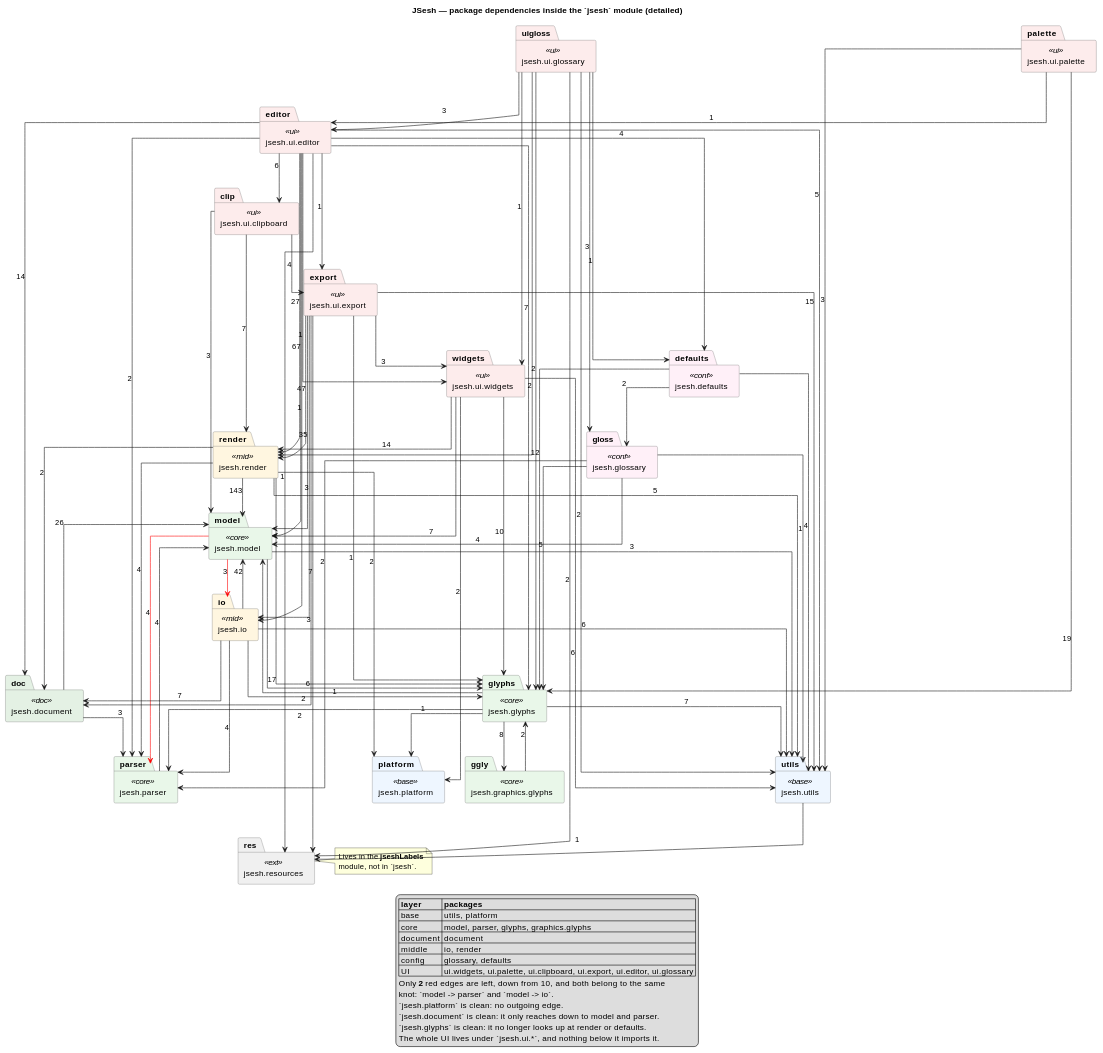
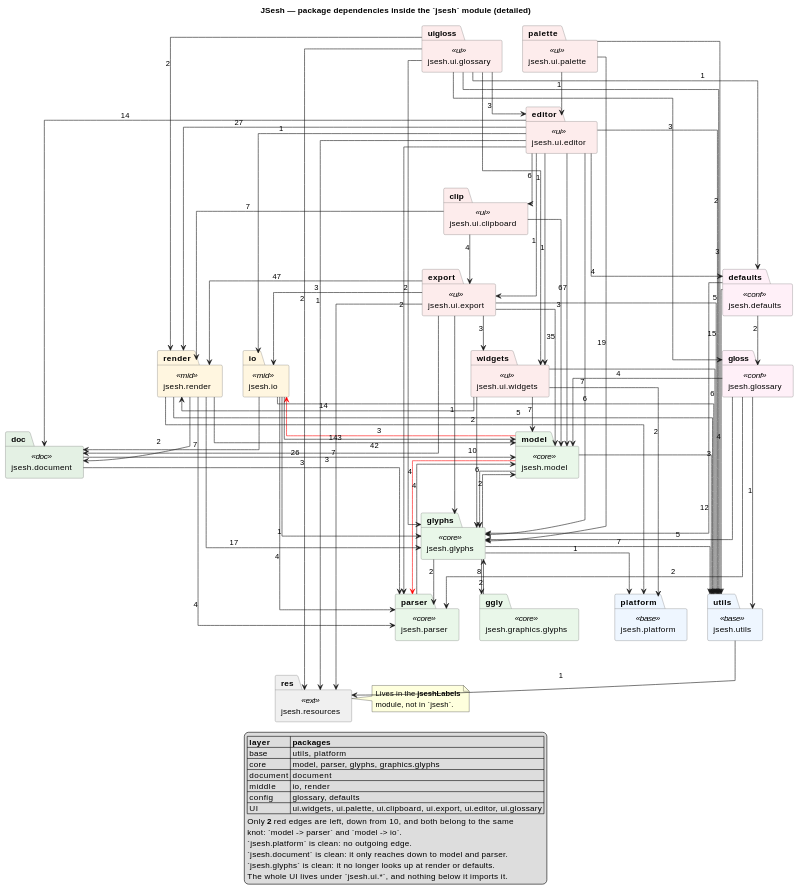
One commit to rosmord/jsesh changed the first of 2 diagrams in 00_Documents/documentation/jsesh-package-dependencies.md. Above: the diagram before and after it, drawn with PlantUML. The commit also changed other lines of this file and 8 other files, not shown here.

```diff
--- a/00_Documents/documentation/jsesh-package-dependencies.md
+++ b/00_Documents/documentation/jsesh-package-dependencies.md
@@ -48,28 +48,40 @@
   BorderColor #666666
 }
 
+together {
 package "jsesh.utils"           as utils    <<base>>
 package "jsesh.platform"        as platform <<base>>
+}
 
+together {
 package "jsesh.model"           as model    <<core>>
 package "jsesh.parser"          as parser   <<core>>
 package "jsesh.glyphs"          as glyphs   <<core>>
 package "jsesh.graphics.glyphs" as ggly     <<core>>
+}
 
+together {
 package "jsesh.document"        as doc      <<doc>>
+}
 
+together {
 package "jsesh.io"              as io       <<mid>>
 package "jsesh.render"          as render   <<mid>>
+}
 
+together {
 package "jsesh.glossary"        as gloss    <<conf>>
 package "jsesh.defaults"        as defaults <<conf>>
+}
 
+together {
 package "jsesh.ui.widgets"      as widgets  <<ui>>
 package "jsesh.ui.palette"      as palette  <<ui>>
 package "jsesh.ui.clipboard"    as clip     <<ui>>
 package "jsesh.ui.export"       as export   <<ui>>
 package "jsesh.ui.editor"       as editor   <<ui>>
 package "jsesh.ui.glossary"     as uigloss  <<ui>>
+}
 
 package "jsesh.resources" as res <<ext>>
 note right of res
```
